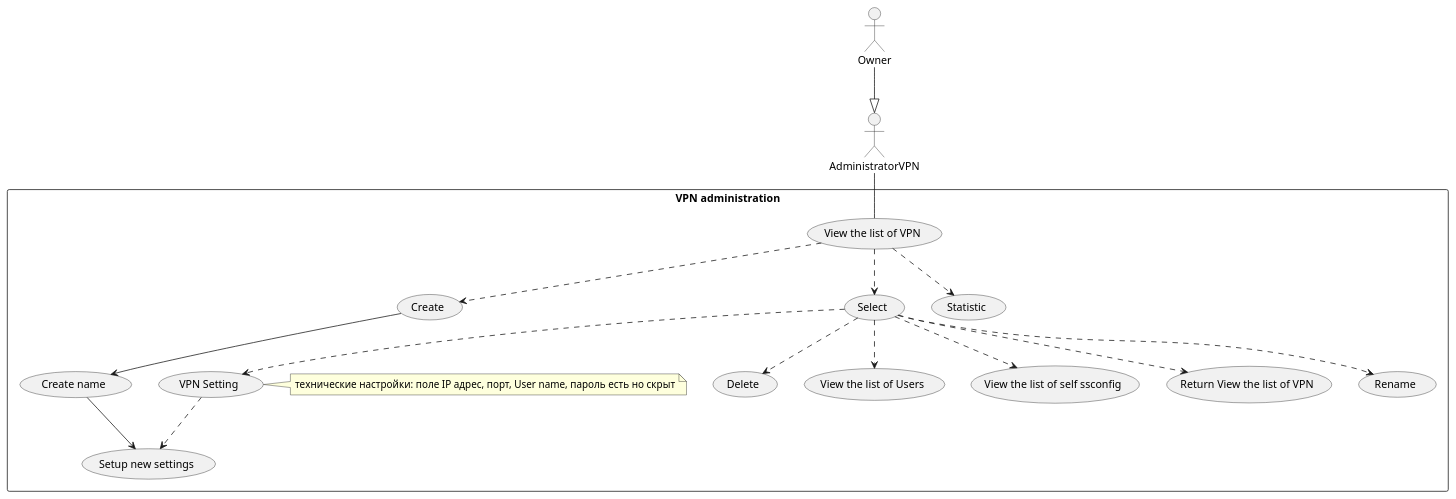
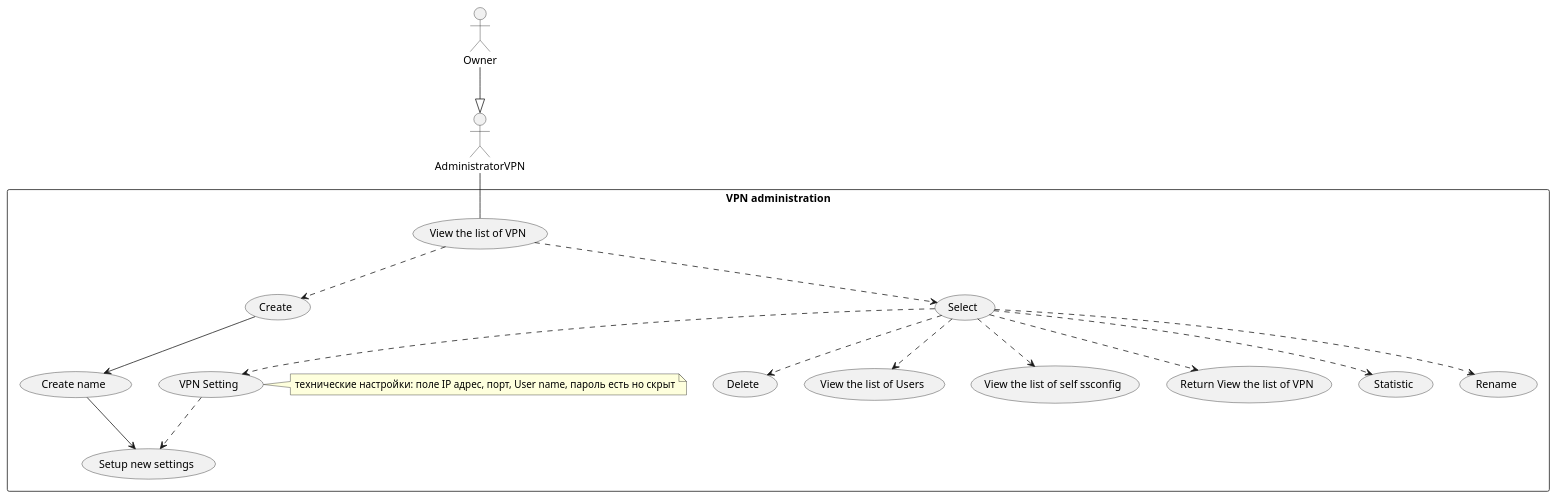
The diagram in UserCaseVPNAdministration.plantuml (MaratDevOps/VPNManagerDoc), drawn with PlantUML before and after one commit. The commit also changed 1 other file, not shown here.

Commit message:
Сохжание нового VPN

```diff
--- a/UserCaseVPNAdministration.plantuml
+++ b/UserCaseVPNAdministration.plantuml
@@ -1,28 +1,28 @@
 @startuml
 
 actor AdministratorVPN
 actor Owner 
 
 Owner --|> AdministratorVPN
 
 rectangle "VPN administration" {
 AdministratorVPN  -- (View the list of VPN)
     (View the list of VPN) ..> (Create) 
     (View the list of VPN) ..> (Select)
-    (View the list of VPN) ..> (Statistic)
     (Select) ..> (Delete)
     (Select) ..> (View the list of Users)
     (Select) ..> (VPN Setting)
     (Select) ..> (View the list of self ssconfig)
     (Select) ..> (Return View the list of VPN)
+    (Select) ..> (Statistic)
     note right of (VPN Setting)
         технические настройки: поле IP адрес, порт, User name, пароль есть но скрыт
     end note
     /'вывести как комментарий: Имя VPN, поля IP адрес, порт, User name, пароль есть но скрыт, нельзя посмотреть но можно задать'/
     (Select) ..> (Rename)
     (VPN Setting) ..> (Setup new settings)
     (Create) --> (Create name)
     (Create name) --> (Setup new settings)
 
 }
 @enduml
```
